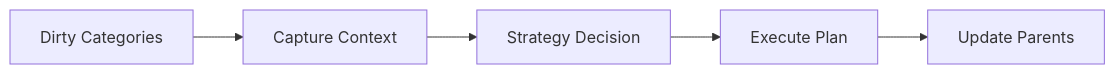
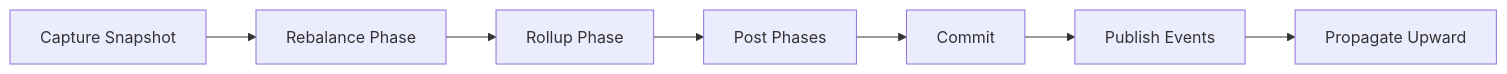
Before and after one commit to Linzwcs/semafs: the diagram in docs/guide/maintenance.md, drawn with Mermaid. The commit also changed other lines of this file and 25 other files, not shown here.

Commit message:
docs: align API/guide/design with latest semafs architecture

````diff
--- a/docs/guide/maintenance.md
+++ b/docs/guide/maintenance.md
@@ -9,7 +29,9 @@
 ```mermaid
 graph LR
-    D[Dirty Categories] --> C[Capture Context]
-    C --> S[Strategy Decision]
-    S --> E[Execute Plan]
-    E --> U[Update Parents]
+    A[Capture Snapshot] --> B[Rebalance Phase]
+    B --> C[Rollup Phase]
+    C --> D[Post Phases]
+    D --> E[Commit]
+    E --> F[Publish Events]
+    F --> G[Propagate Upward]
 ```
````
